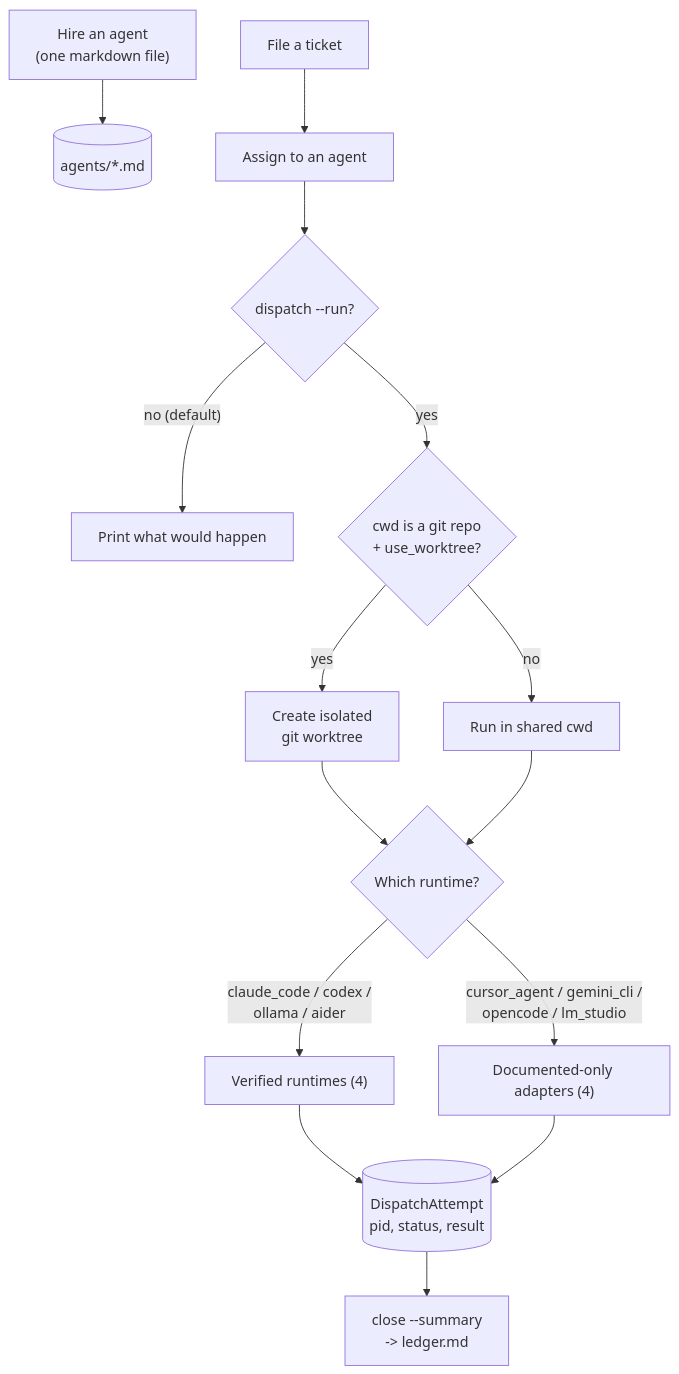
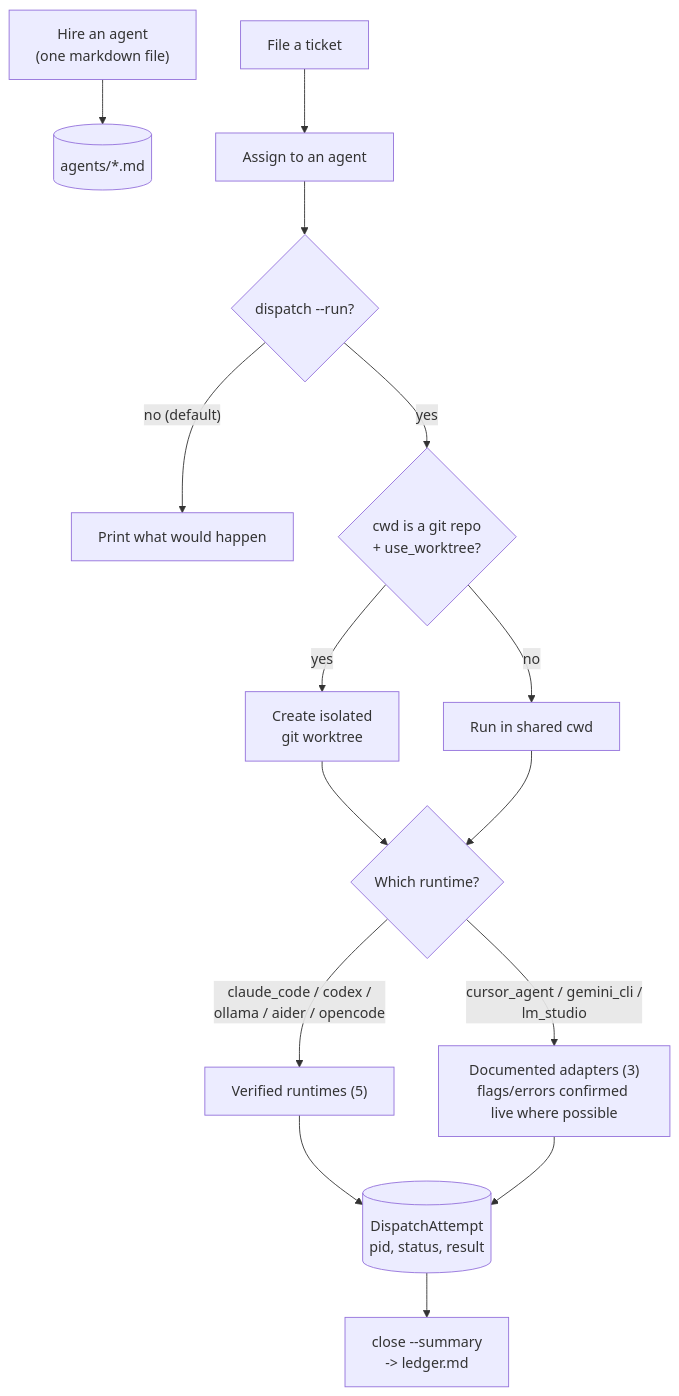
Before and after one commit to PlainJane20/muster: the diagram in README.md, drawn with Mermaid. The commit also changed other lines of this file and 12 other files, not shown here.

````diff
--- a/README.md
+++ b/README.md
@@ -105,17 +105,17 @@
 ```mermaid
 flowchart TD
     Hire["Hire an agent<br/>(one markdown file)"] --> Registry[(agents/*.md)]
     Ticket["File a ticket"] --> Assign["Assign to an agent"]
     Assign --> Dispatch{"dispatch --run?"}
     Dispatch -->|"no (default)"| Print["Print what would happen"]
     Dispatch -->|"yes"| WorktreeCheck{"cwd is a git repo<br/>+ use_worktree?"}
     WorktreeCheck -->|yes| Worktree["Create isolated<br/>git worktree"]
     WorktreeCheck -->|no| Shared["Run in shared cwd"]
     Worktree --> Runtime{"Which runtime?"}
     Shared --> Runtime
-    Runtime -->|"claude_code / codex /<br/>ollama / aider"| CC["Verified runtimes (4)"]
-    Runtime -->|"cursor_agent / gemini_cli /<br/>opencode / lm_studio"| Doc["Documented-only adapters (4)"]
+    Runtime -->|"claude_code / codex /<br/>ollama / aider / opencode"| CC["Verified runtimes (5)"]
+    Runtime -->|"cursor_agent / gemini_cli /<br/>lm_studio"| Doc["Documented adapters (3)<br/>flags/errors confirmed live where possible"]
     CC --> Attempt[("DispatchAttempt<br/>pid, status, result")]
     Doc --> Attempt
     Attempt --> Ledger["close --summary<br/>-> ledger.md"]
 ```
````
